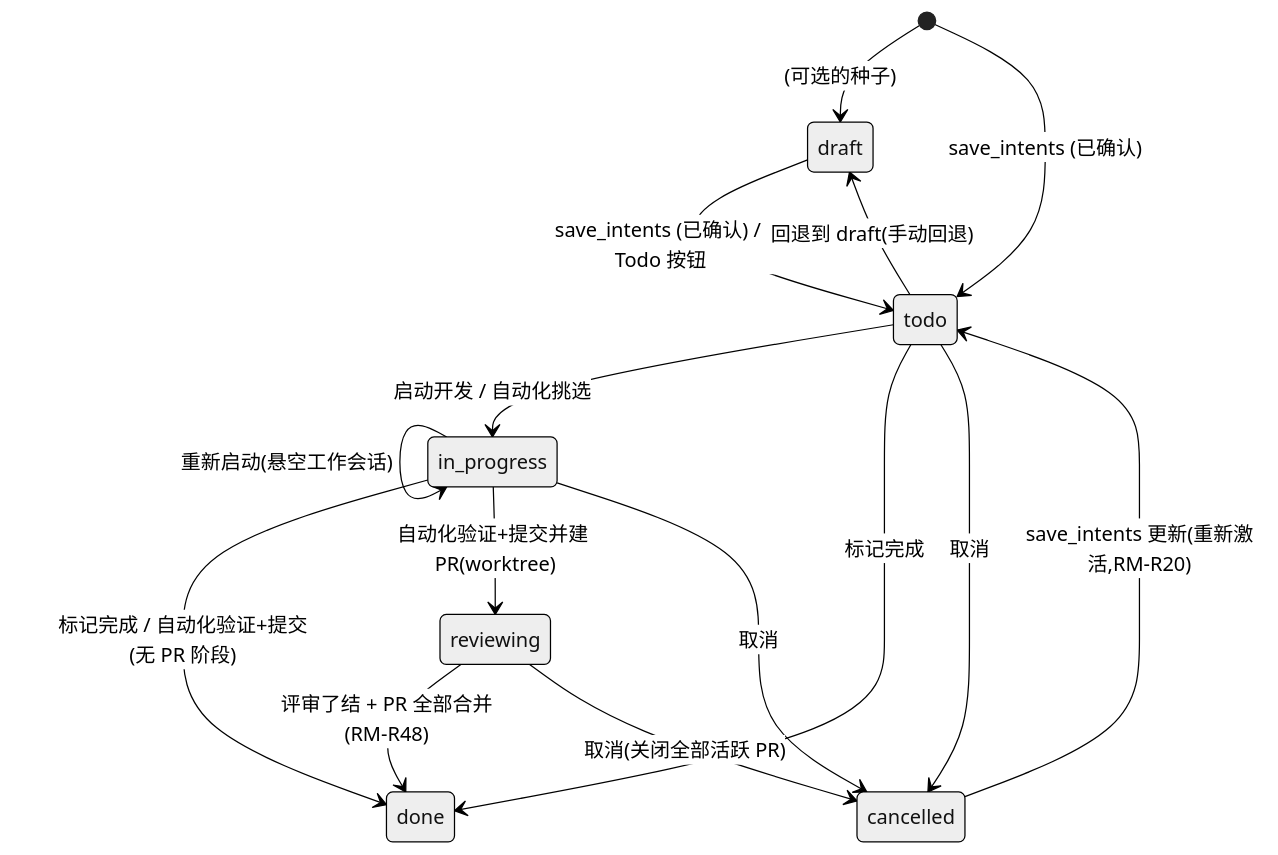
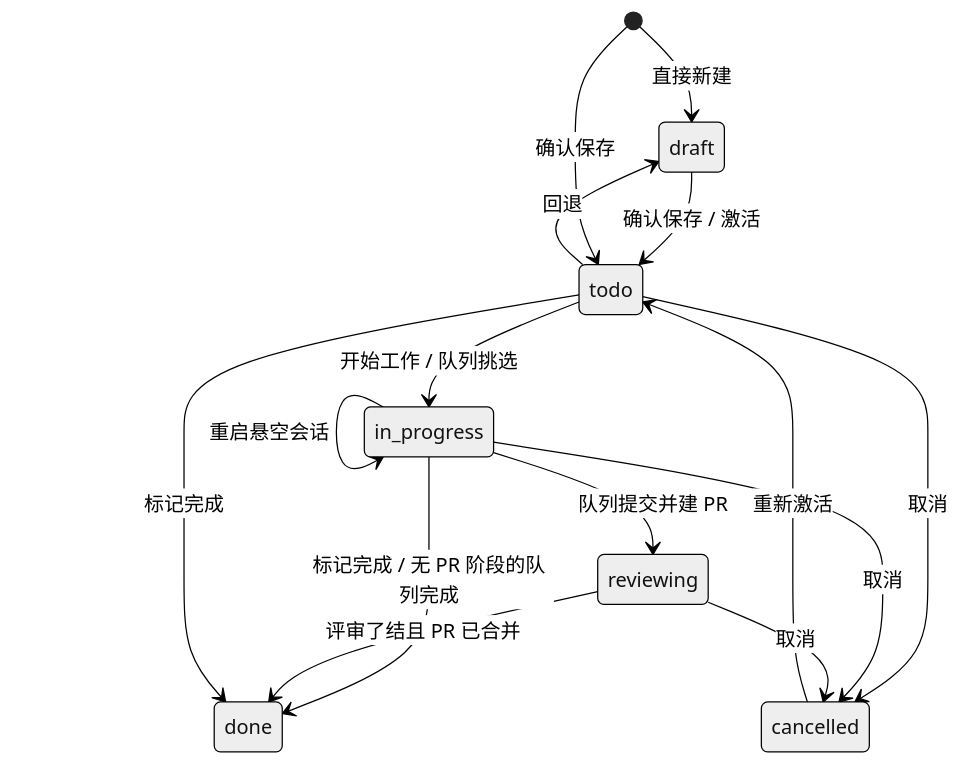
One commit to sequencestream/c3 changed the diagram in doc/domains/core/intent-management/intent-management-spec.md. Above: the diagram before and after it, drawn with Mermaid (neutral theme). The commit also changed other lines of this file and 128 other files, not shown here.

````diff
--- a/doc/domains/core/intent-management/intent-management-spec.md
+++ b/doc/domains/core/intent-management/intent-management-spec.md
@@ -240,17 +115,17 @@
 ```mermaid
 stateDiagram-v2
-    [*] --> draft: (可选的种子)
-    draft --> todo: save_intents (已确认) / Todo 按钮
-    todo --> draft: 回退到 draft(手动回退)
-    [*] --> todo: save_intents (已确认)
-    todo --> in_progress: 启动开发 / 自动化挑选
-    in_progress --> in_progress: 重新启动(悬空工作会话)
+    [*] --> draft: 直接新建
+    draft --> todo: 确认保存 / 激活
+    todo --> draft: 回退
+    [*] --> todo: 确认保存
+    todo --> in_progress: 开始工作 / 队列挑选
+    in_progress --> in_progress: 重启悬空会话
+    in_progress --> reviewing: 队列提交并建 PR
+    in_progress --> done: 标记完成 / 无 PR 阶段的队列完成
+    reviewing --> done: 评审了结且 PR 已合并
     todo --> done: 标记完成
-    in_progress --> done: 标记完成 / 自动化验证+提交(无 PR 阶段)
-    in_progress --> reviewing: 自动化验证+提交并建 PR(worktree)
-    reviewing --> done: 评审了结 + PR 全部合并(RM-R48)
     todo --> cancelled: 取消
     in_progress --> cancelled: 取消
-    reviewing --> cancelled: 取消(关闭全部活跃 PR)
-    cancelled --> todo: save_intents 更新(重新激活,RM-R20)
+    reviewing --> cancelled: 取消
+    cancelled --> todo: 重新激活
 ```
````
